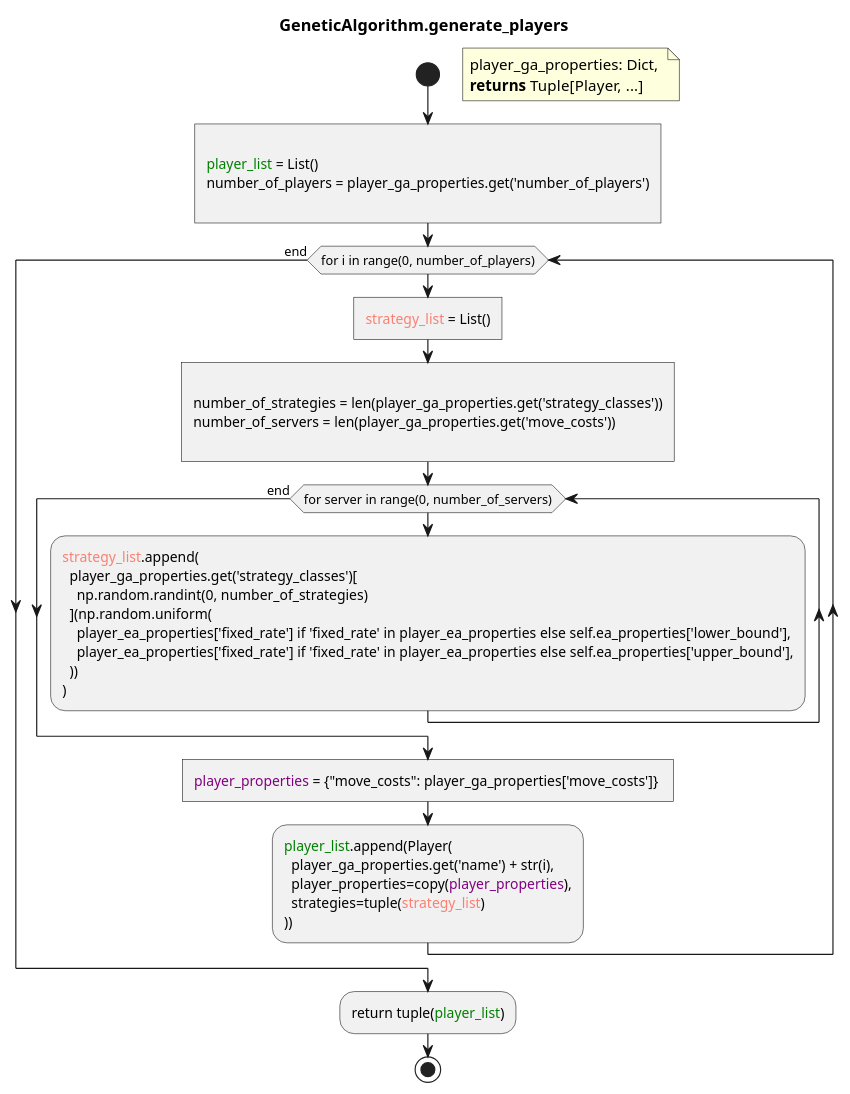
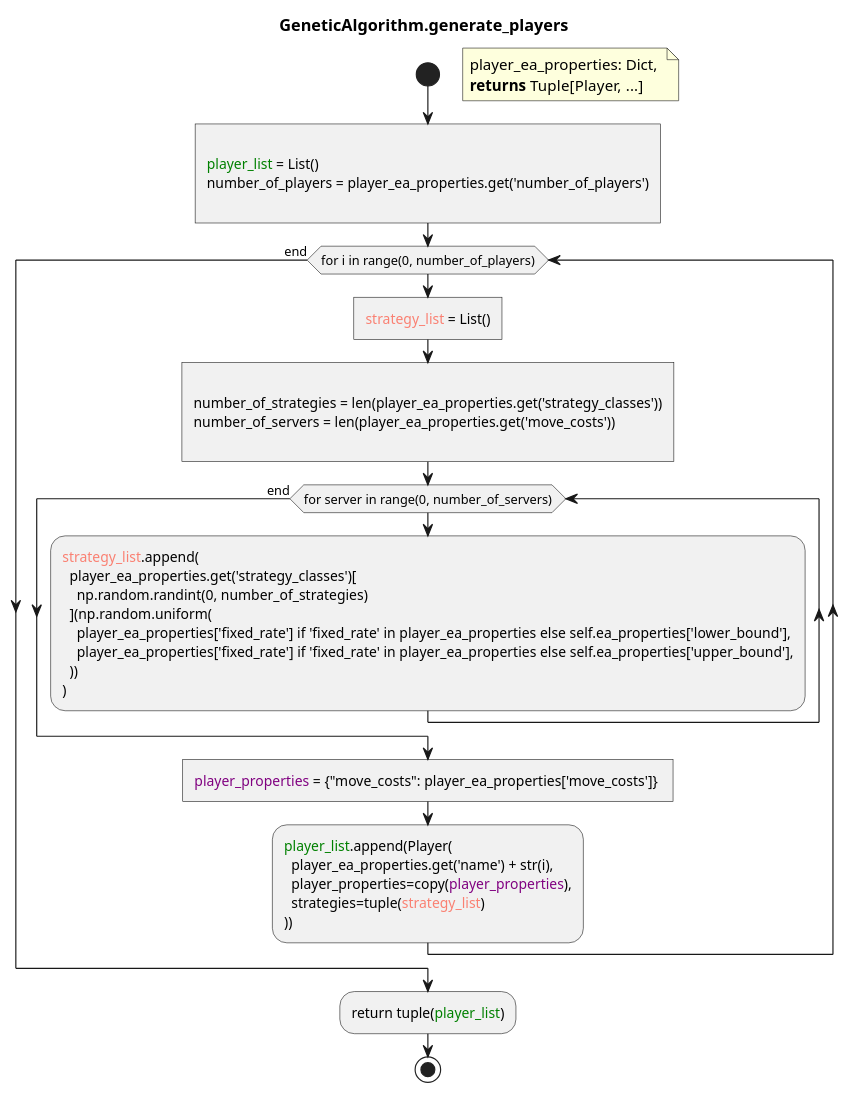
The fourth of 7 diagrams in DOCS/activity-diagram_genetic-algorithm.puml (ruipimentel/FlipThem-Simulation), drawn with PlantUML before and after one commit. The commit also changed other lines of this file and 1 other file, not shown here.

```diff
--- a/DOCS/activity-diagram_genetic-algorithm.puml
+++ b/DOCS/activity-diagram_genetic-algorithm.puml
@@ -103,45 +103,45 @@
 @startuml "generate_players"
 !pragma useVerticalIf on
 
 title GeneticAlgorithm.generate_players
 
 start
 floating note right: \
-player_ga_properties: Dict, \n\
+player_ea_properties: Dict, \n\
 **returns** Tuple[Player, ...]
 
 :
 <color:green>player_list</color> = List()
-number_of_players = player_ga_properties.get('number_of_players')
+number_of_players = player_ea_properties.get('number_of_players')
 ]
 while (for i in range(0, number_of_players))
   :<color:salmon>strategy_list</color> = List()]
   :
-  number_of_strategies = len(player_ga_properties.get('strategy_classes'))
-  number_of_servers = len(player_ga_properties.get('move_costs'))
+  number_of_strategies = len(player_ea_properties.get('strategy_classes'))
+  number_of_servers = len(player_ea_properties.get('move_costs'))
   ]
   while (for server in range(0, number_of_servers))
     :<color:salmon>strategy_list</color>.append(
-      player_ga_properties.get('strategy_classes')[
+      player_ea_properties.get('strategy_classes')[
         np.random.randint(0, number_of_strategies)
       ](np.random.uniform(
         player_ea_properties['fixed_rate'] if 'fixed_rate' in player_ea_properties else self.ea_properties['lower_bound'],
         player_ea_properties['fixed_rate'] if 'fixed_rate' in player_ea_properties else self.ea_properties['upper_bound'],
       ))
     );
   endwhile (end)
 
-  :<color:purple>player_properties</color> = {"move_costs": player_ga_properties['move_costs']} ]
+  :<color:purple>player_properties</color> = {"move_costs": player_ea_properties['move_costs']} ]
 
   :<color:green>player_list</color>.append(Player(
-    player_ga_properties.get('name') + str(i),
+    player_ea_properties.get('name') + str(i),
     player_properties=copy(<color:purple>player_properties</color>),
     strategies=tuple(<color:salmon>strategy_list</color>)
   ));
 endwhile (end)
 
 :return tuple(<color:green>player_list</color>);
 
 stop
 
 @enduml
```
